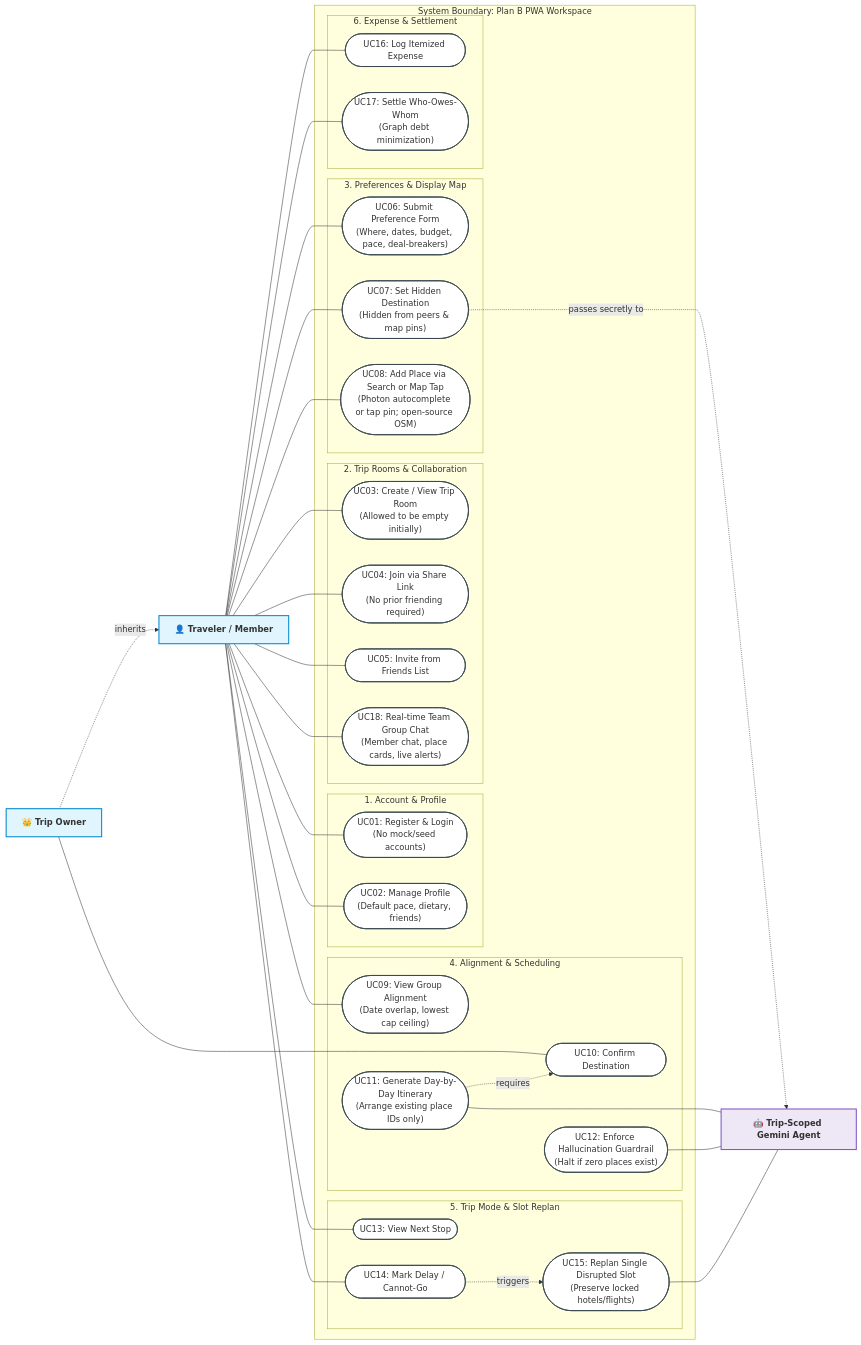
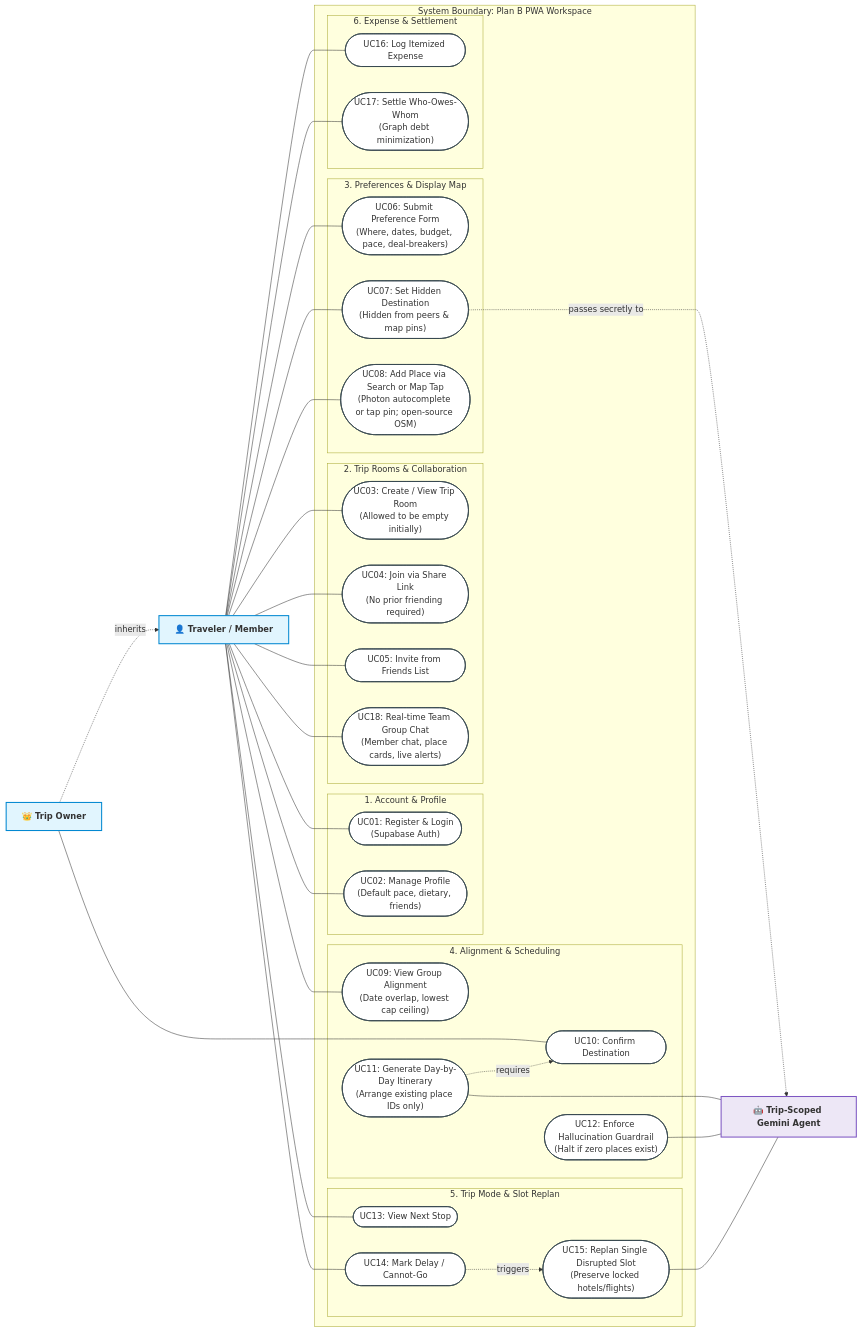
One commit to nlzce/We-are-the-champions_Plan-B changed the second of 15 diagrams in README.md. Above: the diagram before and after it, drawn with Mermaid. The commit also changed other lines of this file, not shown here.

Commit message:
docs: remove mock demo seed data from out-of-scope and clean up auth references

````diff
--- a/README.md
+++ b/README.md
@@ -120,75 +120,75 @@
 ```mermaid
 flowchart LR
   classDef actor fill:#e1f5fe,stroke:#0288d1,stroke-width:2px,font-weight:bold;
   classDef usecase fill:#ffffff,stroke:#37474f,stroke-width:1.5px;
   classDef system fill:#f8f9fa,stroke:#455a64,stroke-width:2px;
   classDef ai fill:#ede7f6,stroke:#7e57c2,stroke-width:2px,font-weight:bold;
 
   Traveler["👤 Traveler / Member"]:::actor
   Owner["👑 Trip Owner"]:::actor
   Gemini["🤖 Trip-Scoped Gemini Agent"]:::ai
 
   Owner -.->|inherits| Traveler
 
   subgraph Boundary["System Boundary: Plan B PWA Workspace"]
     subgraph UC_Auth["1. Account & Profile"]
-      UC01(["UC01: Register & Login<br/>(No mock/seed accounts)"]):::usecase
+      UC01(["UC01: Register & Login<br/>(Supabase Auth)"]):::usecase
       UC02(["UC02: Manage Profile<br/>(Default pace, dietary, friends)"]):::usecase
     end
 
     subgraph UC_Room["2. Trip Rooms & Collaboration"]
       UC03(["UC03: Create / View Trip Room<br/>(Allowed to be empty initially)"]):::usecase
       UC04(["UC04: Join via Share Link<br/>(No prior friending required)"]):::usecase
       UC05(["UC05: Invite from Friends List"]):::usecase
       UC18(["UC18: Real-time Team Group Chat<br/>(Member chat, place cards, live alerts)"]):::usecase
     end
 
     subgraph UC_Prefs["3. Preferences & Display Map"]
       UC06(["UC06: Submit Preference Form<br/>(Where, dates, budget, pace, deal-breakers)"]):::usecase
       UC07(["UC07: Set Hidden Destination<br/>(Hidden from peers & map pins)"]):::usecase
       UC08(["UC08: Add Place via Search or Map Tap<br/>(Photon autocomplete or tap pin; open-source OSM)"]):::usecase
     end
 
     subgraph UC_Plan["4. Alignment & Scheduling"]
       UC09(["UC09: View Group Alignment<br/>(Date overlap, lowest cap ceiling)"]):::usecase
       UC10(["UC10: Confirm Destination"]):::usecase
       UC11(["UC11: Generate Day-by-Day Itinerary<br/>(Arrange existing place IDs only)"]):::usecase
       UC12(["UC12: Enforce Hallucination Guardrail<br/>(Halt if zero places exist)"]):::usecase
     end
 
     subgraph UC_Trip["5. Trip Mode & Slot Replan"]
       UC13(["UC13: View Next Stop"]):::usecase
       UC14(["UC14: Mark Delay / Cannot-Go"]):::usecase
       UC15(["UC15: Replan Single Disrupted Slot<br/>(Preserve locked hotels/flights)"]):::usecase
     end
 
     subgraph UC_Money["6. Expense & Settlement"]
       UC16(["UC16: Log Itemized Expense"]):::usecase
       UC17(["UC17: Settle Who-Owes-Whom<br/>(Graph debt minimization)"]):::usecase
     end
   end
 
   Traveler --- UC01
   Traveler --- UC02
   Traveler --- UC03
   Traveler --- UC04
   Traveler --- UC05
   Traveler --- UC06
   Traveler --- UC07
   Traveler --- UC08
   Traveler --- UC09
   Traveler --- UC13
   Traveler --- UC14
   Traveler --- UC16
   Traveler --- UC17
   Traveler --- UC18
 
   Owner --- UC10
 
   UC07 -.->|passes secretly to| Gemini
   UC11 -.->|requires| UC10
   UC11 --- Gemini
   UC12 --- Gemini
   UC14 -.->|triggers| UC15
   UC15 --- Gemini
 ```
````
